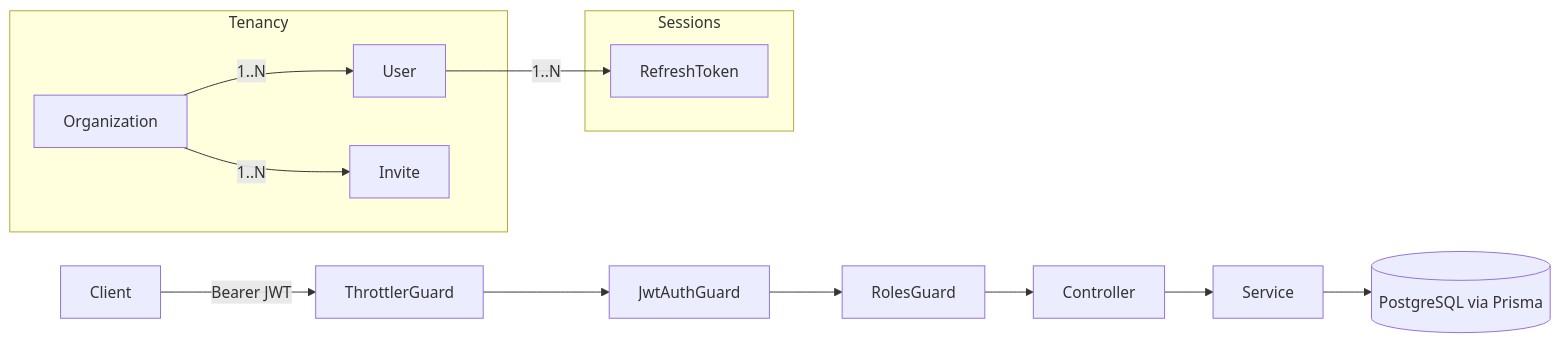
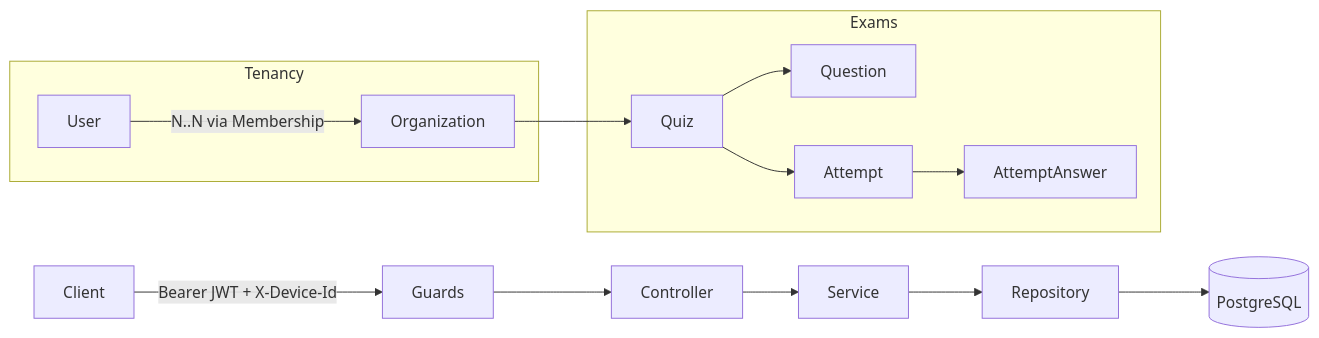
One commit to Shazzadul-Shakib/quorlyn-server changed the diagram in README.md. Above: the diagram before and after it, drawn with Mermaid. The commit also changed other lines of this file and 162 other files, not shown here.

Commit message:
quiz and exam flow completed

````diff
--- a/README.md
+++ b/README.md
@@ -29,18 +33,15 @@
 ```mermaid
 flowchart LR
-    Client -->|Bearer JWT| Guard1[ThrottlerGuard]
-    Guard1 --> Guard2[JwtAuthGuard]
-    Guard2 --> Guard3[RolesGuard]
-    Guard3 --> Controller
-    Controller --> Service
-    Service --> Prisma[(PostgreSQL via Prisma)]
+    Client -->|Bearer JWT + X-Device-Id| G[Guards]
+    G --> Controller --> Service --> Repo[Repository] --> DB[(PostgreSQL)]
 
     subgraph Tenancy
-    Org[Organization] -->|1..N| User
-    Org -->|1..N| Invite
+    User -->|N..N via Membership| Org[Organization]
     end
 
-    subgraph Sessions
-    User -->|1..N| RefreshToken
+    subgraph Exams
+    Org --> Quiz --> Question
+    Quiz --> Attempt
+    Attempt --> AttemptAnswer
     end
 ```
````
